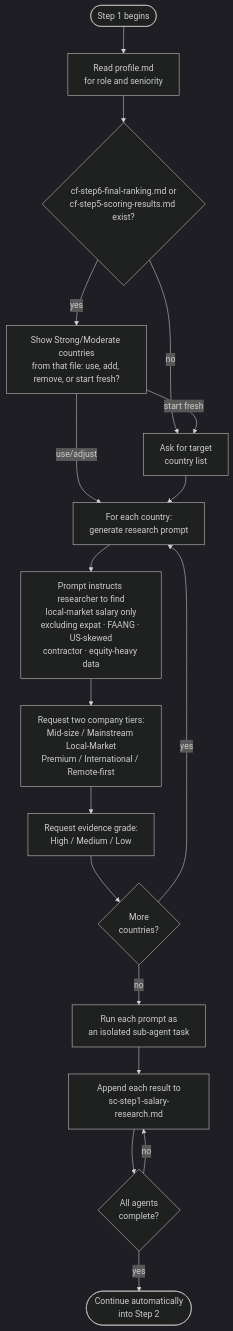
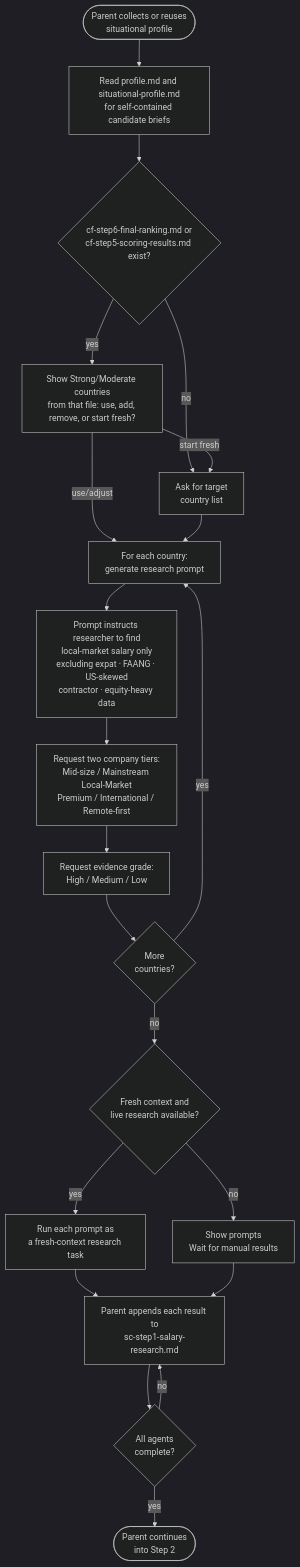
One commit to myowinthein/agent-compass changed the diagram in docs/commands/salary-calculator/step1-research-prompt-generator.md. Above: the diagram before and after it, drawn with Mermaid (dark theme). The commit also changed other lines of this file and 41 other files, not shown here.

Commit message:
fix(workflows): fix shared workflow research and results

````diff
--- a/docs/commands/salary-calculator/step1-research-prompt-generator.md
+++ b/docs/commands/salary-calculator/step1-research-prompt-generator.md
@@ -14,20 +14,23 @@
 ```mermaid
 flowchart TD
-  Start([Step 1 begins]) --> ReadProfile[Read profile.md\nfor role and seniority]
+  Start([Parent collects or reuses\nsituational profile]) --> ReadProfile[Read profile.md and situational-profile.md\nfor self-contained candidate briefs]
   ReadProfile --> CFCheck{cf-step6-final-ranking.md or\ncf-step5-scoring-results.md exist?}
   CFCheck -->|yes| Offer[Show Strong/Moderate countries\nfrom that file: use, add, remove, or start fresh?]
   CFCheck -->|no| AskList[Ask for target\ncountry list]
   Offer -->|start fresh| AskList
   Offer -->|use/adjust| ForEach
   AskList --> ForEach[For each country:\ngenerate research prompt]
   ForEach --> Prompt[Prompt instructs researcher to find\nlocal-market salary only\nexcluding expat · FAANG · US-skewed\ncontractor · equity-heavy data]
   Prompt --> Tiers[Request two company tiers:\nMid-size / Mainstream Local-Market\nPremium / International / Remote-first]
   Tiers --> Grade[Request evidence grade:\nHigh / Medium / Low]
   Grade --> More{More\ncountries?}
   More -->|yes| ForEach
-  More -->|no| Agents[Run each prompt as\nan isolated sub-agent task]
-  Agents --> Append[Append each result to\nsc-step1-salary-research.md]
+  More -->|no| Capability{Fresh context and\nlive research available?}
+  Capability -->|yes| Agents[Run each prompt as\na fresh-context research task]
+  Capability -->|no| Manual[Show prompts\nWait for manual results]
+  Agents --> Append[Parent appends each result to\nsc-step1-salary-research.md]
+  Manual --> Append
   Append --> AllDone{All agents\ncomplete?}
   AllDone -->|no| Append
-  AllDone -->|yes| Done([Continue automatically\ninto Step 2])
+  AllDone -->|yes| Done([Parent continues\ninto Step 2])
 ```
````
